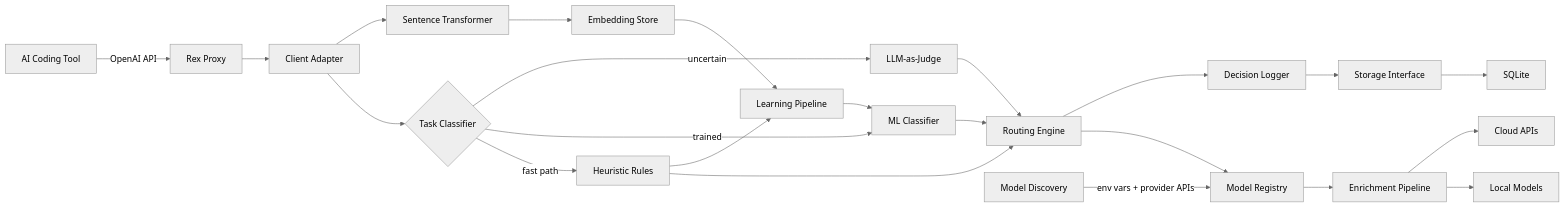
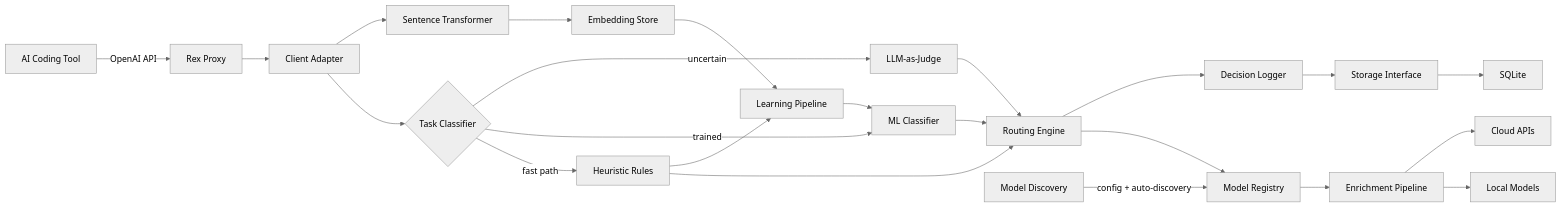
One commit to thsfranca/rex changed the first of 4 diagrams in ARCHITECTURE.md. Above: the diagram before and after it, drawn with Mermaid (neutral theme). The commit also changed other lines of this file and 1 other file, not shown here.

First line of the commit message:
Add CLI and config-first model registry to roadmap and architecture (#63)

````diff
--- a/ARCHITECTURE.md
+++ b/ARCHITECTURE.md
@@ -13,25 +13,25 @@
 ```mermaid
 flowchart LR
     Client[AI Coding Tool] -->|OpenAI API| Proxy[Rex Proxy]
     Proxy --> Adapter[Client Adapter]
     Adapter --> Classifier{Task Classifier}
     Classifier -->|fast path| Heuristics[Heuristic Rules]
     Classifier -->|trained| MLClassifier[ML Classifier]
     Classifier -->|uncertain| LLMJudge[LLM-as-Judge]
     Heuristics --> Router[Routing Engine]
     MLClassifier --> Router
     LLMJudge --> Router
     Router --> Registry[Model Registry]
-    Discovery[Model Discovery] -->|env vars + provider APIs| Registry
+    Discovery[Model Discovery] -->|config + auto-discovery| Registry
     Registry --> Enrichment[Enrichment Pipeline]
     Enrichment --> Local[Local Models]
     Enrichment --> Cloud[Cloud APIs]
     Router --> Logger[Decision Logger]
     Logger --> Store[Storage Interface]
     Store --> DataStore[SQLite]
     Adapter --> Embedder[Sentence Transformer]
     Embedder --> EmbeddingStore[Embedding Store]
     EmbeddingStore --> LearningPipeline[Learning Pipeline]
     Heuristics --> LearningPipeline
     LearningPipeline --> MLClassifier
 ```
````
